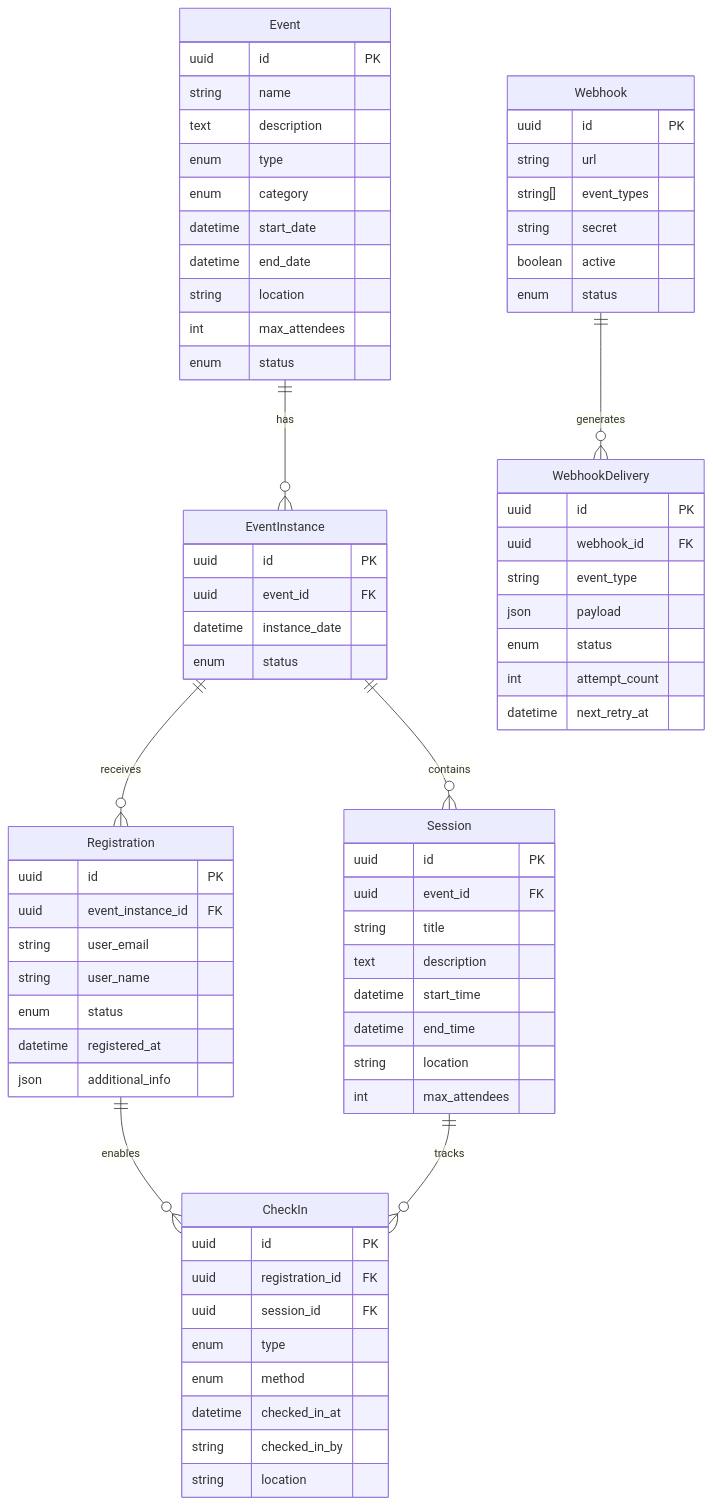
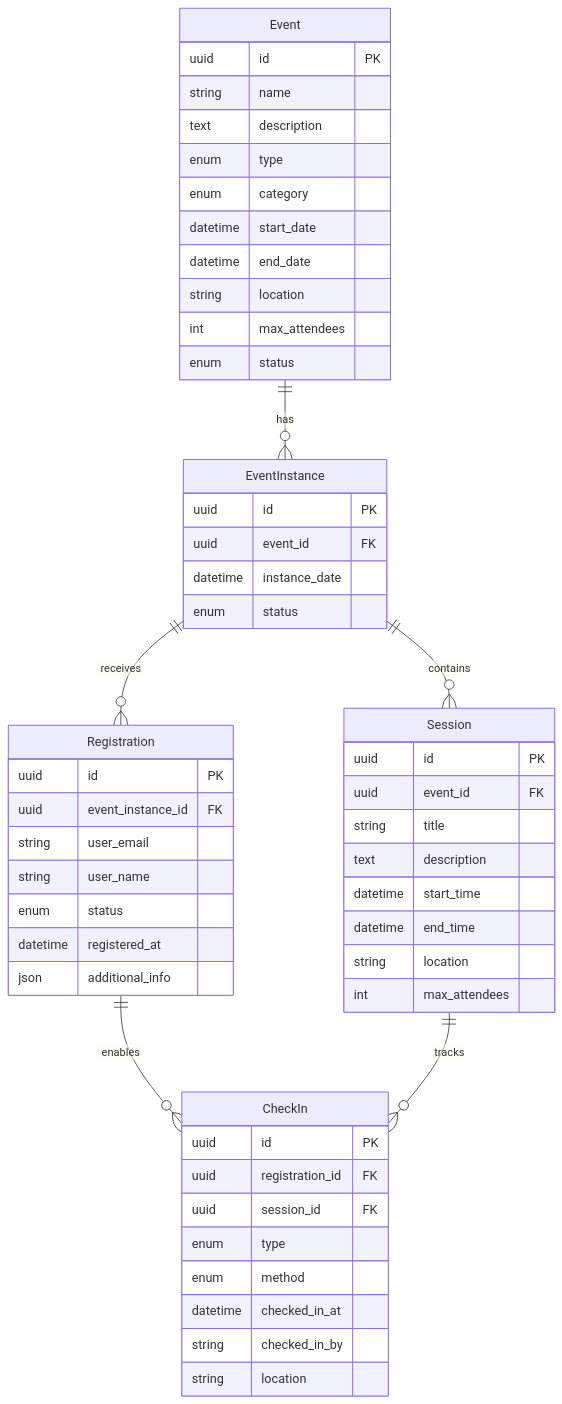
Before and after one commit to jpwhite3/eventr: the third of 21 diagrams in docs/architecture.md, drawn with Mermaid. The commit also changed other lines of this file and 73 other files, not shown here.

First line of the commit message:
refactor: Modular monolith architecture with dependency updates

````diff
--- a/docs/architecture.md
+++ b/docs/architecture.md
@@ -86,79 +172,60 @@
 ```mermaid
 erDiagram
     Event ||--o{ EventInstance : has
     Event {
         uuid id PK
         string name
         text description
         enum type
         enum category
         datetime start_date
         datetime end_date
         string location
         int max_attendees
         enum status
     }
     
     EventInstance ||--o{ Registration : "receives"
     EventInstance ||--o{ Session : contains
     EventInstance {
         uuid id PK
         uuid event_id FK
         datetime instance_date
         enum status
     }
     
     Registration ||--o{ CheckIn : "enables"
     Registration {
         uuid id PK
         uuid event_instance_id FK
         string user_email
         string user_name
         enum status
         datetime registered_at
         json additional_info
     }
     
     Session ||--o{ CheckIn : "tracks"
     Session {
         uuid id PK
         uuid event_id FK
         string title
         text description
         datetime start_time
         datetime end_time
         string location
         int max_attendees
     }
     
     CheckIn {
         uuid id PK
         uuid registration_id FK
         uuid session_id FK
         enum type
         enum method
         datetime checked_in_at
         string checked_in_by
         string location
     }
     
-    Webhook ||--o{ WebhookDelivery : generates
-    Webhook {
-        uuid id PK
-        string url
-        string[] event_types
-        string secret
-        boolean active
-        enum status
-    }
-    
-    WebhookDelivery {
-        uuid id PK
-        uuid webhook_id FK
-        string event_type
-        json payload
-        enum status
-        int attempt_count
-        datetime next_retry_at
-    }
 ```
````
